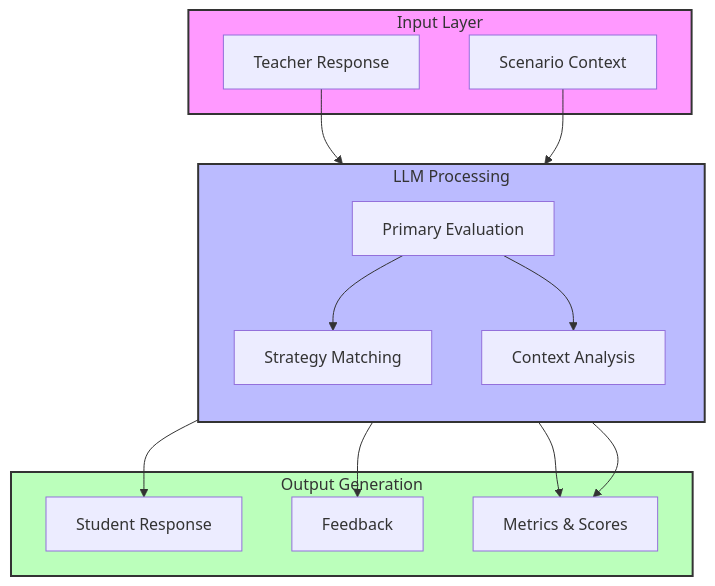
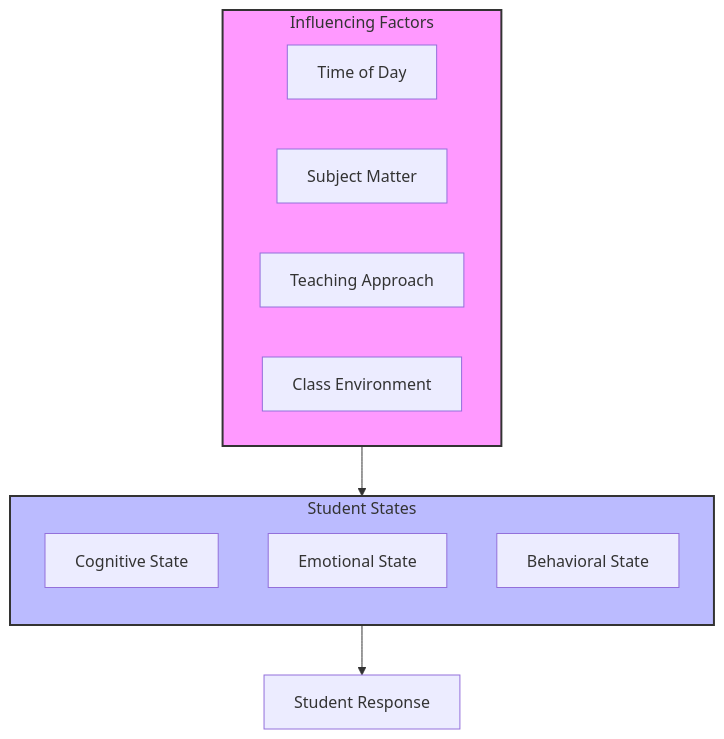
The third of 5 diagrams in README.md (UVU-AI-Innovate/teacher-training-chatbot), drawn with Mermaid before and after one commit. The commit also changed other lines of this file, not shown here.

````diff
--- a/README.md
+++ b/README.md
@@ -155,33 +74,22 @@
 ```mermaid
 graph TB
-    subgraph Input["Input Layer"]
-        TR[Teacher Response]
-        SC[Scenario Context]
+    subgraph States["Student States"]
+        direction TB
+        Cognitive[Cognitive State]
+        Emotional[Emotional State]
+        Behavioral[Behavioral State]
     end
 
-    subgraph Processing["LLM Processing"]
-        direction TB
-        PE[Primary Evaluation]
-        SM[Strategy Matching]
-        CA[Context Analysis]
+    subgraph Factors["Influencing Factors"]
+        Time[Time of Day]
+        Subject[Subject Matter]
+        Teaching[Teaching Approach]
+        Environment[Class Environment]
     end
 
-    subgraph Output["Output Generation"]
-        SR[Student Response]
-        FB[Feedback]
-        MS[Metrics & Scores]
-    end
+    Factors --> States
+    States --> Response[Student Response]
 
-    TR --> PE
-    SC --> PE
-    PE --> SM
-    PE --> CA
-    
-    SM --> SR
-    CA --> FB
-    SM & CA --> MS
-
-    style Input fill:#f9f,stroke:#333,stroke-width:2px
-    style Processing fill:#bbf,stroke:#333,stroke-width:2px
-    style Output fill:#bfb,stroke:#333,stroke-width:2px
+    style States fill:#bbf,stroke:#333,stroke-width:2px
+    style Factors fill:#f9f,stroke:#333,stroke-width:2px
 ```
````
